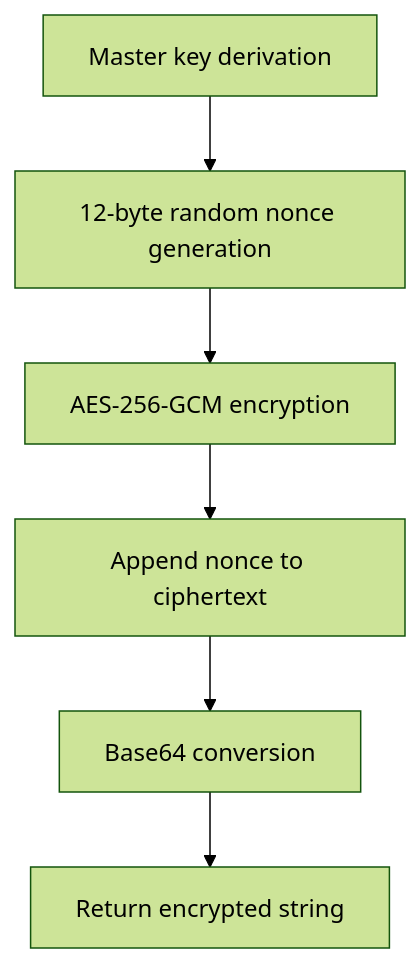
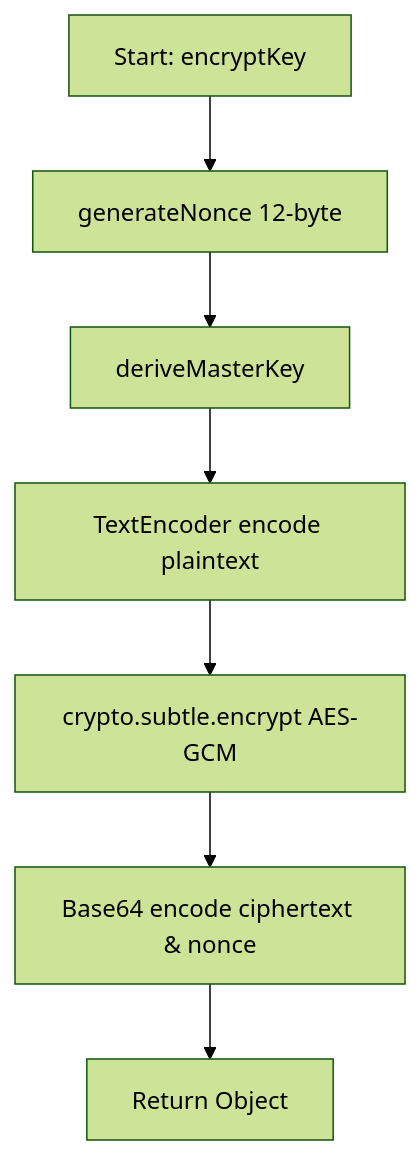
Before and after one commit to Axe-08/Key-Collective: the second of 3 diagrams in docs/codeflow/web_crypto_encryption_cfg.md, drawn with Mermaid (forest theme). The commit also changed other lines of this file and 18 other files, not shown here.

````diff
--- a/docs/codeflow/web_crypto_encryption_cfg.md
+++ b/docs/codeflow/web_crypto_encryption_cfg.md
@@ -46,8 +57,9 @@
 ```mermaid
 flowchart TD
-    A[Master key derivation] --> B[12-byte random nonce generation]
-    B --> C[AES-256-GCM encryption]
-    C --> D[Append nonce to ciphertext]
-    D --> E[Base64 conversion]
-    E --> F[Return encrypted string]
+    Start[Start: encryptKey] --> GenNonce[generateNonce 12-byte]
+    GenNonce --> Derive[deriveMasterKey]
+    Derive --> Encode[TextEncoder encode plaintext]
+    Encode --> Encrypt[crypto.subtle.encrypt AES-GCM]
+    Encrypt --> Base64[Base64 encode ciphertext & nonce]
+    Base64 --> Return[Return Object]
 ```
````
